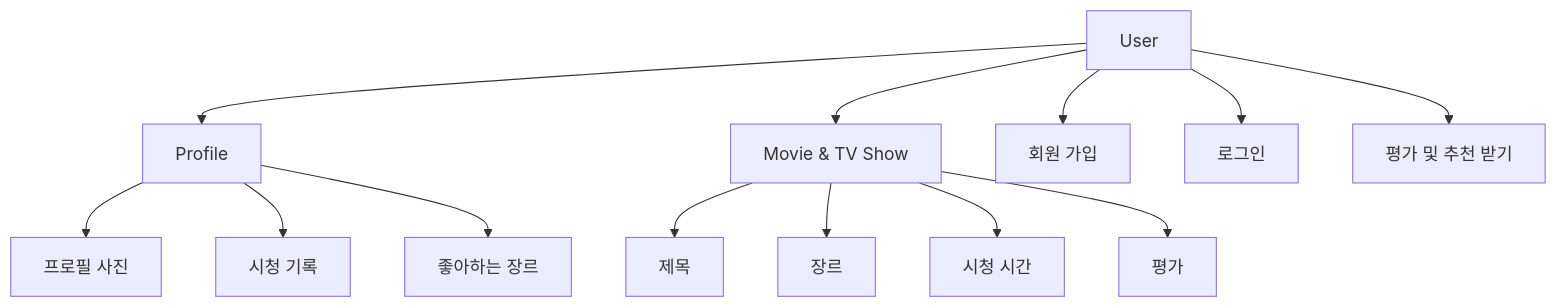
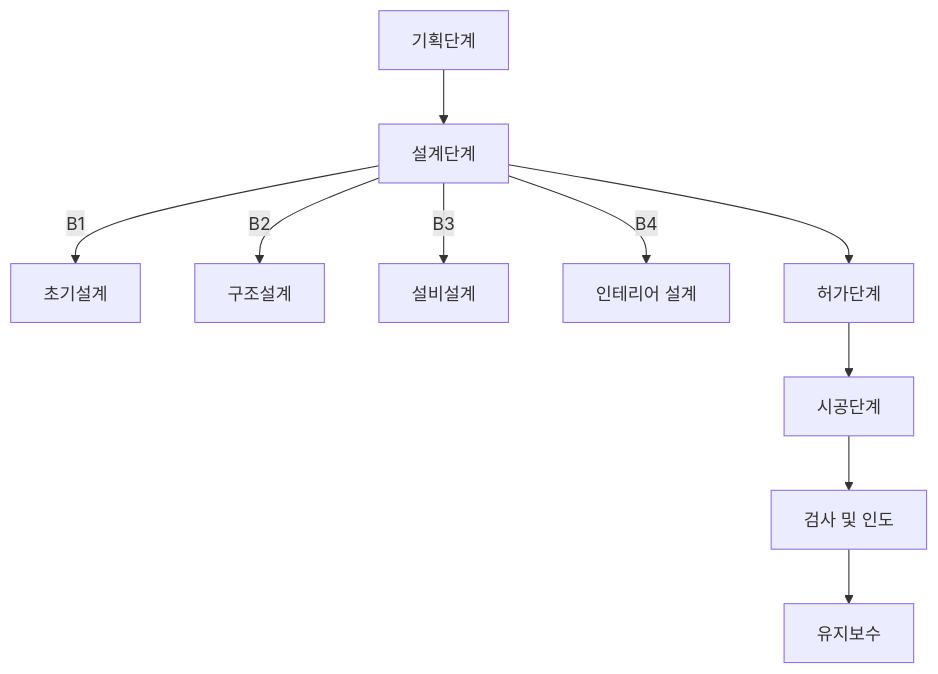
The diagram in 2주차 과제.md (jinmouse/ChatGPT), drawn with Mermaid before and after one commit. The commit also changed other lines of this file, not shown here.

````diff
--- a/2주차 과제.md
+++ b/2주차 과제.md
@@ -60,21 +54,24 @@
 ```mermaid
 graph TD
-  User[User]
-  Profile[Profile]
-  MovieTVShow[Movie & TV Show]
+    A[기획단계]
+    B[설계단계]
+    B1[초기설계]
+    B2[구조설계]
+    B3[설비설계]
+    B4[인테리어 설계]
+    C[허가단계]
+    D[시공단계]
+    E[검사 및 인도]
+    F[유지보수]
 
-  User --> SignUp[회원 가입]
-  User --> Login[로그인]
-  User --> Profile
-  User --> MovieTVShow
-  User --> RatingRecommendation[평가 및 추천 받기]
-  
-  Profile --> ProfilePicture[프로필 사진]
-  Profile --> WatchHistory[시청 기록]
-  Profile --> FavoriteGenre[좋아하는 장르]
-  
-  MovieTVShow --> Title[제목]
-  MovieTVShow --> Genre[장르]
-  MovieTVShow --> WatchTime[시청 시간]
-  MovieTVShow --> Evaluate[평가]
+    A --> B
+    B -->|B1| B1
+    B -->|B2| B2
+    B -->|B3| B3
+    B -->|B4| B4
+    B --> C
+    C --> D
+    D --> E
+    E --> F
+
 ``` 
````
